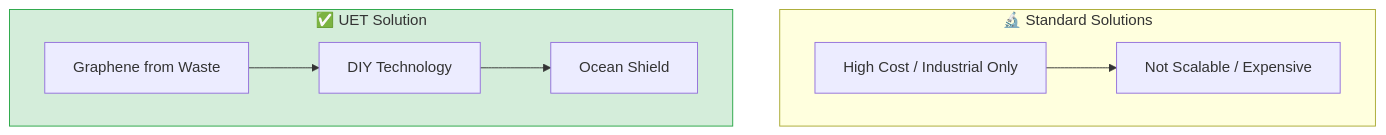
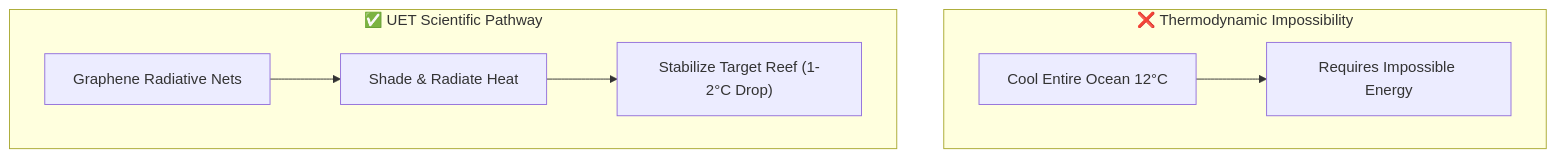
One commit to ellipszist/unityequilibriumtheory changed the diagram in docs/topics/0.29_Ocean_Recovery/README.md. Above: the diagram before and after it, drawn with Mermaid. The commit also changed other lines of this file and 2166 other files, not shown here.

````diff
--- a/docs/topics/0.29_Ocean_Recovery/README.md
+++ b/docs/topics/0.29_Ocean_Recovery/README.md
@@ -45,20 +17,10 @@
 ```mermaid
 graph TB
-    subgraph Standard["🔬 Standard Solutions"]
-    Old["High Cost / Industrial Only"]
-    Limit["Not Scalable / Expensive"]
+    subgraph Fiction["❌ Thermodynamic Impossibility"]
+        Global["Cool Entire Ocean 12°C"] --> Violate["Requires Impossible Energy"]
     end
-    
-    subgraph UET["✅ UET Solution"]
-    Graphene["Graphene from Waste"]
-    DIY["DIY Technology"]
-    Shield["Ocean Shield"]
+    subgraph UET["✅ UET Scientific Pathway"]
+        Net["Graphene Radiative Nets"] --> Local["Shade & Radiate Heat"]
+        Local --> Stabilize["Stabilize Target Reef (1-2°C Drop)"]
     end
-    
-    Old --> Limit
-    
-    Graphene --> DIY
-    DIY --> Shield
-    
-    style UET fill:#d4edda,stroke:#28a745
 ```
````
